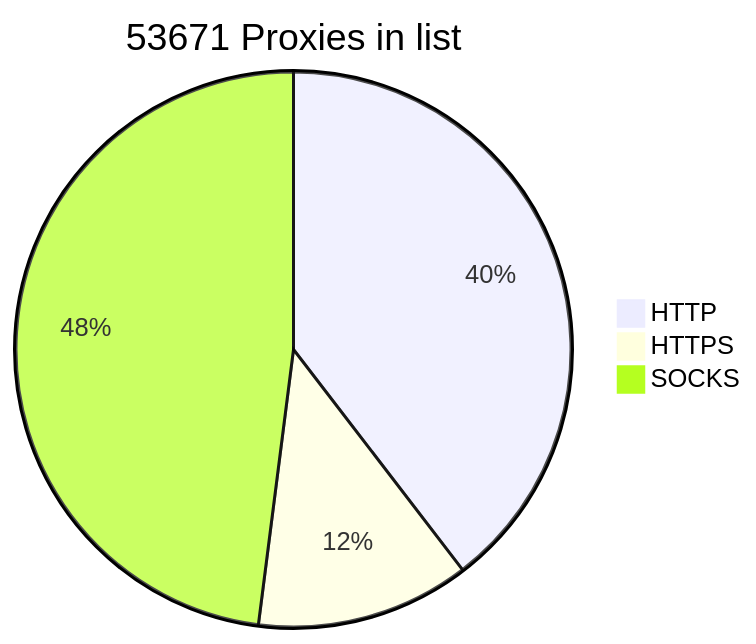
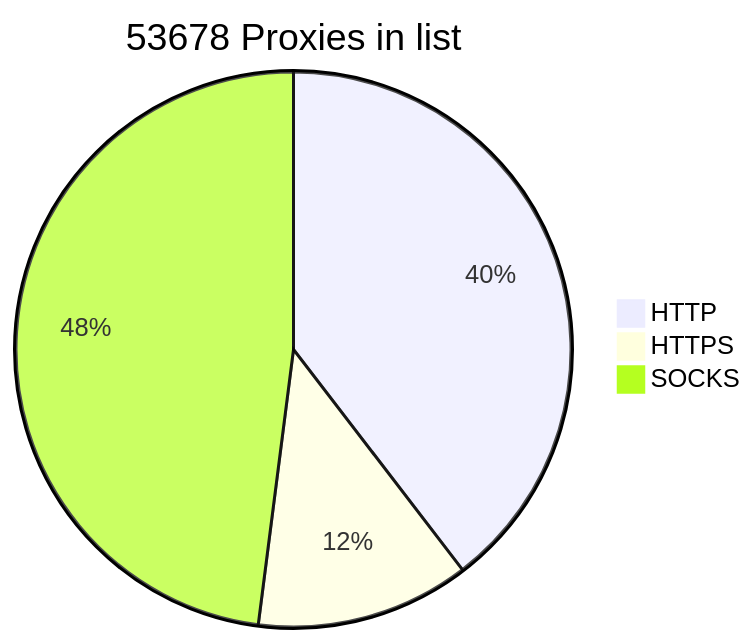
One commit to BlackSnowDot/proxylist-update-every-minute changed the diagram in README.md. Above: the diagram before and after it, drawn with Mermaid.

````diff
--- a/README.md
+++ b/README.md
@@ -2,6 +2,6 @@
 ```mermaid
-pie title 53671 Proxies in list
-    "HTTP" : 23744
-    "HTTPS": 7461
+pie title 53678 Proxies in list
+    "HTTP" : 23750
+    "HTTPS": 7465
     "SOCKS" : 28781
 ```
````
